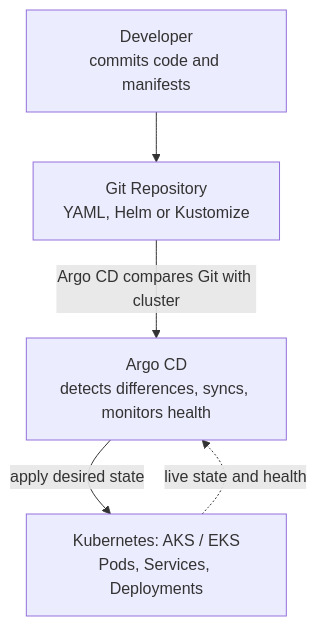
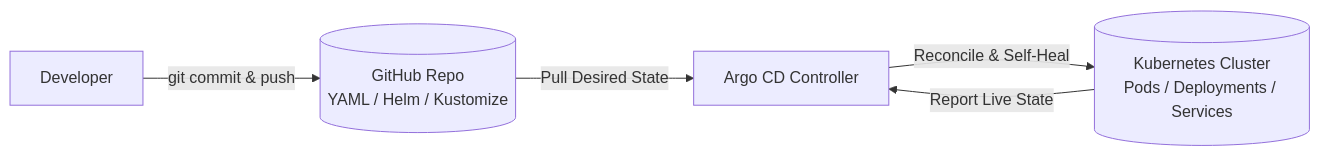
The diagram in ArgoCD/README.md (Cloud-Tamil/DevOps-Tools-Learning-Platform), drawn with Mermaid before and after one commit. The commit also changed other lines of this file, not shown here.

````diff
--- a/ArgoCD/README.md
+++ b/ArgoCD/README.md
@@ -47,7 +61,7 @@
 ```mermaid
-flowchart TD
-    A[Developer<br/>commits code and manifests] --> B[Git Repository<br/>YAML, Helm or Kustomize]
-    B -->|Argo CD compares Git with cluster| C[Argo CD<br/>detects differences, syncs, monitors health]
-    C -->|apply desired state| D[Kubernetes: AKS / EKS<br/>Pods, Services, Deployments]
-    D -.->|live state and health| C
+flowchart LR
+    Dev[Developer] -->|git commit & push| Git[(GitHub Repo<br/>YAML / Helm / Kustomize)]
+    Git -->|Pull Desired State| Argo[Argo CD Controller]
+    K8s[(Kubernetes Cluster<br/>Pods / Deployments / Services)] -->|Report Live State| Argo
+    Argo -->|Reconcile & Self-Heal| K8s
 ```
````
